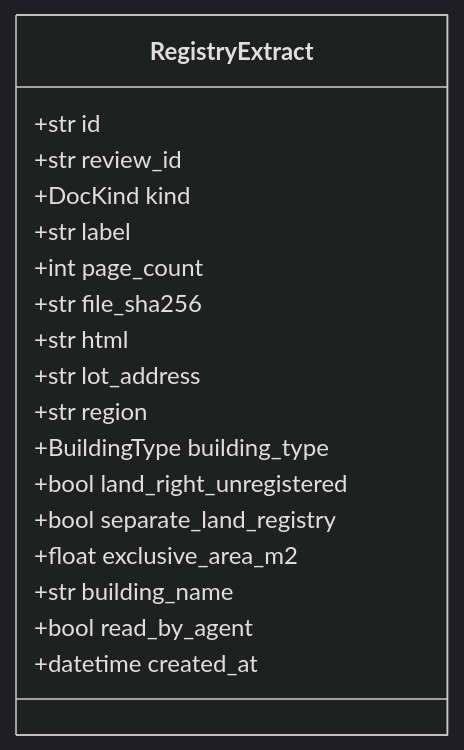
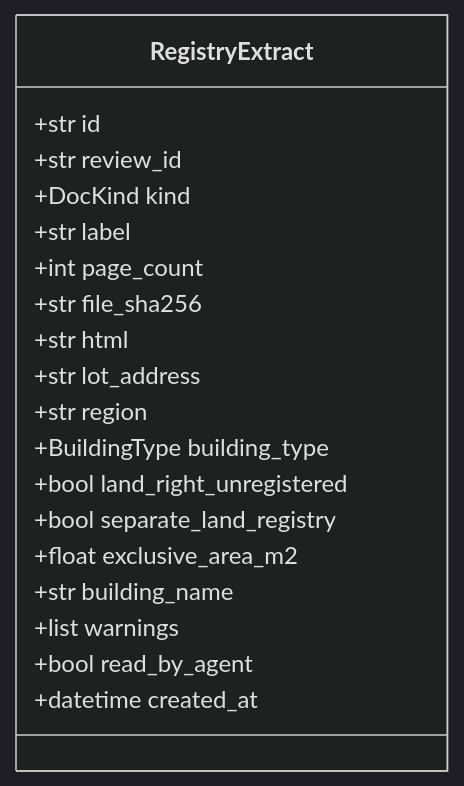
One commit to HoyoungParkme/deposit-guard changed the sixth of 26 diagrams in docs/specs/06-DOM/JSD-DOM-002.md. Above: the diagram before and after it, drawn with Mermaid (dark theme). The commit also changed other lines of this file, not shown here.

First line of the commit message:
등기부에 warnings 속성, Registry.building을 선택값으로, 두 번째 문서 규칙과 소유자는 건물 등기부에서만

````diff
--- a/docs/specs/06-DOM/JSD-DOM-002.md
+++ b/docs/specs/06-DOM/JSD-DOM-002.md
@@ -421,21 +421,22 @@
 ```mermaid
 classDiagram
     class RegistryExtract {
         +str id
         +str review_id
         +DocKind kind
         +str label
         +int page_count
         +str file_sha256
         +str html
         +str lot_address
         +str region
         +BuildingType building_type
         +bool land_right_unregistered
         +bool separate_land_registry
         +float exclusive_area_m2
         +str building_name
+        +list warnings
         +bool read_by_agent
         +datetime created_at
     }
 ```
````
